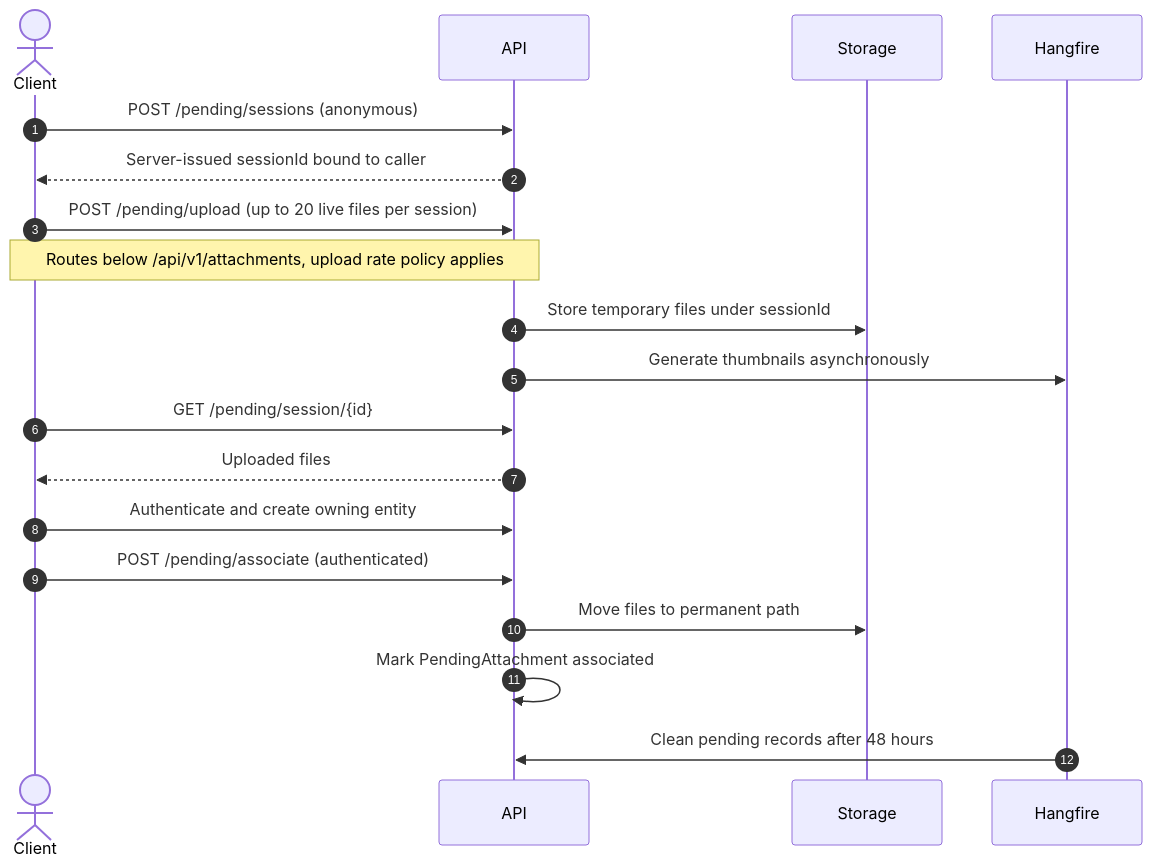
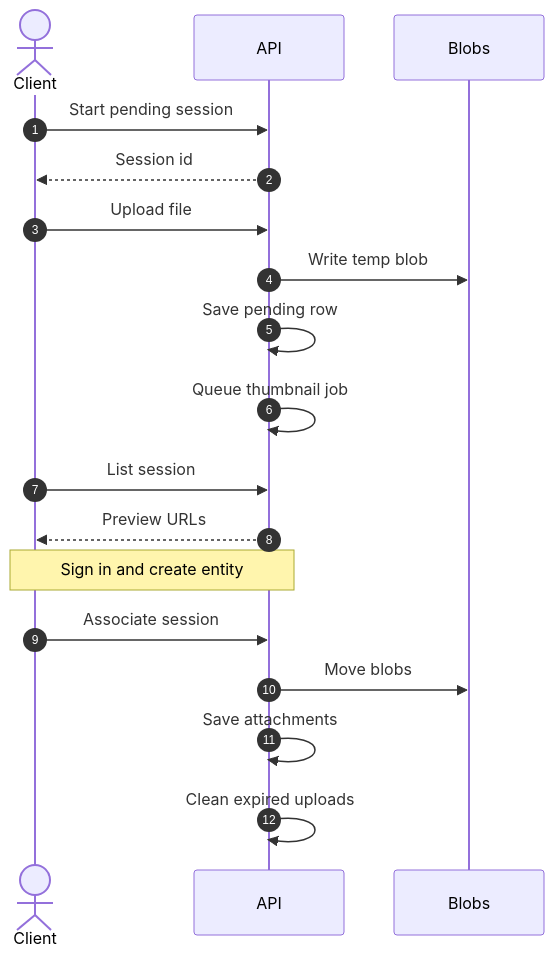
Before and after one commit to mhasabalah/StarterKit: the diagram in wiki/Attachment/Uploads.md, drawn with Mermaid. The commit also changed other lines of this file and 10 other files, not shown here.

````diff
--- a/wiki/Attachment/Uploads.md
+++ b/wiki/Attachment/Uploads.md
@@ -768,21 +34,20 @@
 ```mermaid
 sequenceDiagram
   autonumber
-  actor Client
-  participant API
-  participant Storage
-  participant Hangfire
-  Client->>API: POST /pending/sessions (anonymous)
-  API-->>Client: Server-issued sessionId bound to caller
-  Client->>API: POST /pending/upload (up to 20 live files per session)
-  Note over Client,API: Routes below /api/v1/attachments, upload rate policy applies
-  API->>Storage: Store temporary files under sessionId
-  API->>Hangfire: Generate thumbnails asynchronously
-  Client->>API: GET /pending/session/{id}
-  API-->>Client: Uploaded files
-  Client->>API: Authenticate and create owning entity
-  Client->>API: POST /pending/associate (authenticated)
-  API->>Storage: Move files to permanent path
-  API->>API: Mark PendingAttachment associated
-  Hangfire->>API: Clean pending records after 48 hours
+  actor C as Client
+  participant A as API
+  participant S as Blobs
+  C->>A: Start pending session
+  A-->>C: Session id
+  C->>A: Upload file
+  A->>S: Write temp blob
+  A->>A: Save pending row
+  A->>A: Queue thumbnail job
+  C->>A: List session
+  A-->>C: Preview URLs
+  Note over C,A: Sign in and create entity
+  C->>A: Associate session
+  A->>S: Move blobs
+  A->>A: Save attachments
+  A->>A: Clean expired uploads
 ```
````
